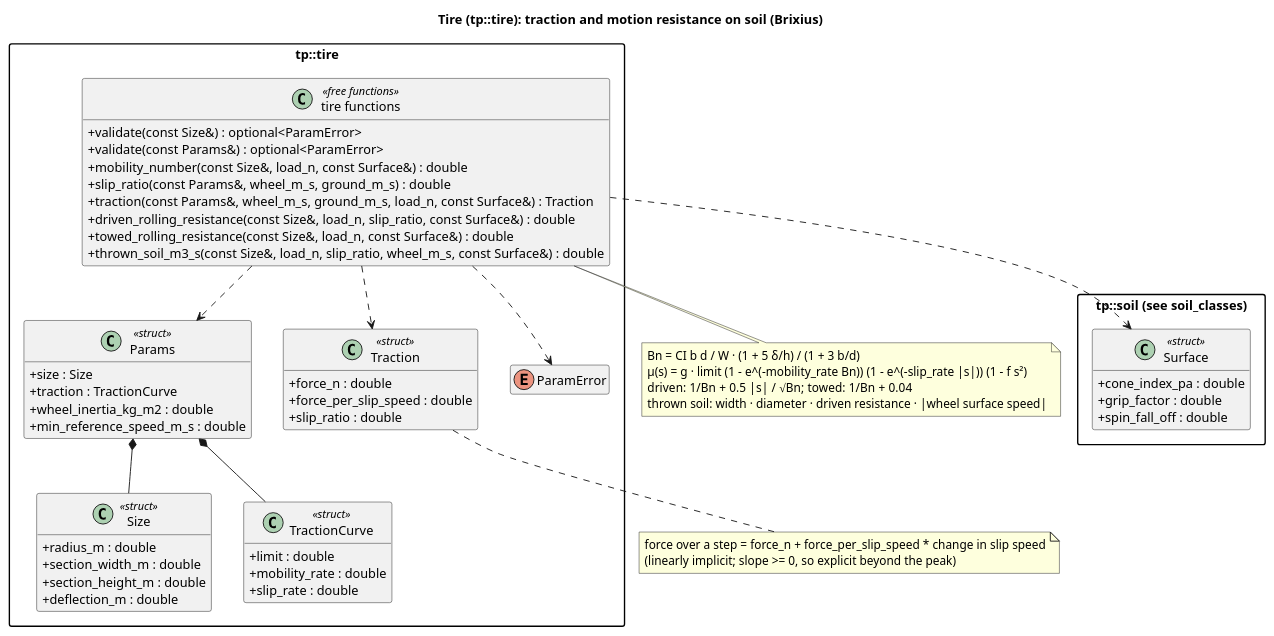
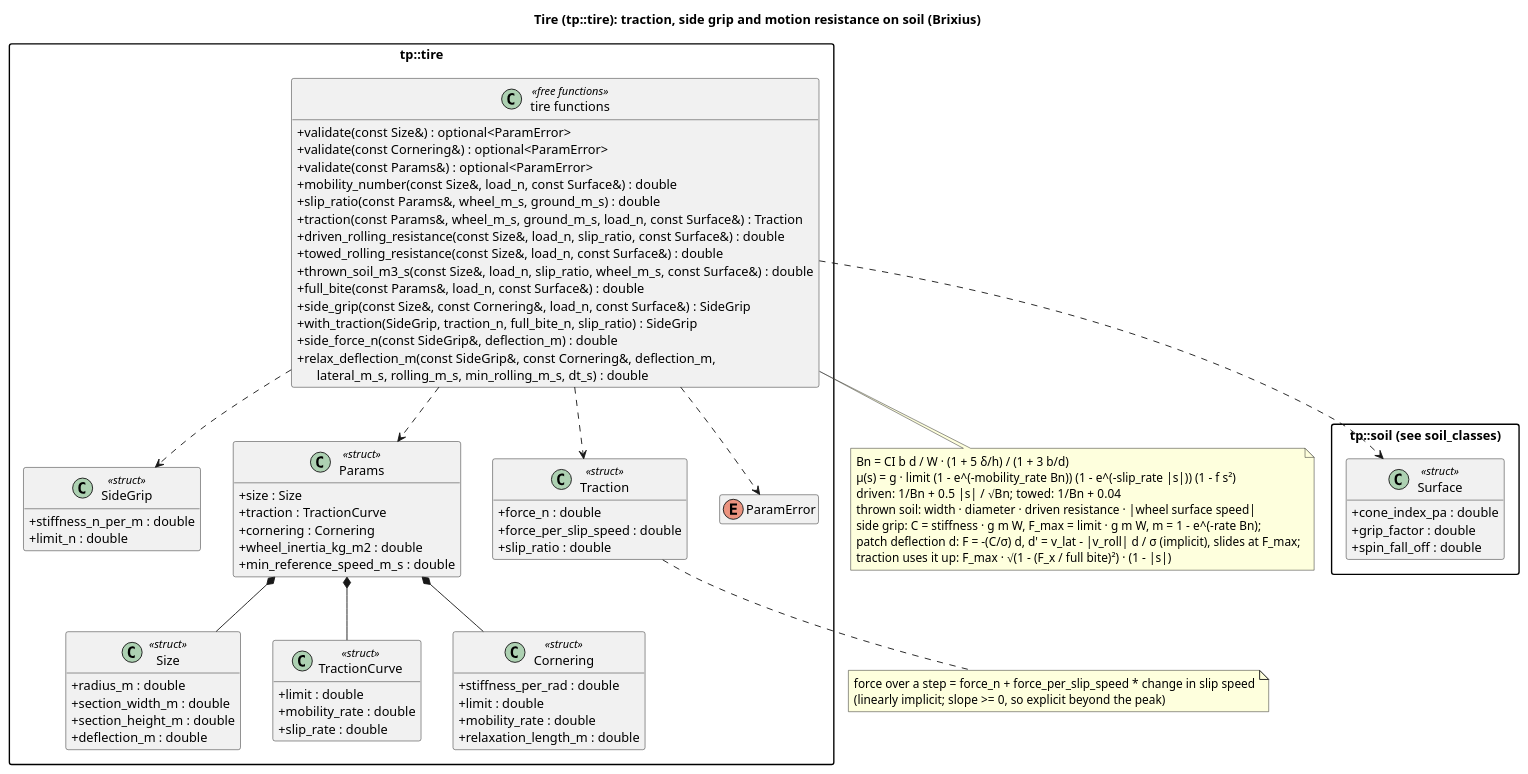
The diagram in docs/diagrams/tire_classes.puml (wversteeg/TractorPulling), drawn with PlantUML before and after one commit. The commit also changed 49 other files, not shown here.

First line of the commit message:
Let the tractor move sideways and turn: steering and side grip

```diff
--- a/docs/diagrams/tire_classes.puml
+++ b/docs/diagrams/tire_classes.puml
@@ -1,66 +1,88 @@
 @startuml tire_classes
-title Tire (tp::tire): traction and motion resistance on soil (Brixius)
+title Tire (tp::tire): traction, side grip and motion resistance on soil (Brixius)
 hide empty members
 skinparam packageStyle rectangle
 skinparam classAttributeIconSize 0
 
 package "tp::soil (see soil_classes)" {
   class Surface <<struct>> {
     +cone_index_pa : double
     +grip_factor : double
     +spin_fall_off : double
   }
 }
 
 package "tp::tire" {
   class Size <<struct>> {
     +radius_m : double
     +section_width_m : double
     +section_height_m : double
     +deflection_m : double
   }
   class TractionCurve <<struct>> {
     +limit : double
     +mobility_rate : double
     +slip_rate : double
   }
+  class Cornering <<struct>> {
+    +stiffness_per_rad : double
+    +limit : double
+    +mobility_rate : double
+    +relaxation_length_m : double
+  }
+  class SideGrip <<struct>> {
+    +stiffness_n_per_m : double
+    +limit_n : double
+  }
   class Params <<struct>> {
     +size : Size
     +traction : TractionCurve
+    +cornering : Cornering
     +wheel_inertia_kg_m2 : double
     +min_reference_speed_m_s : double
   }
   class Traction <<struct>> {
     +force_n : double
     +force_per_slip_speed : double
     +slip_ratio : double
   }
   enum ParamError
   class "tire functions" as TireFns <<free functions>> {
     +validate(const Size&) : optional<ParamError>
+    +validate(const Cornering&) : optional<ParamError>
     +validate(const Params&) : optional<ParamError>
     +mobility_number(const Size&, load_n, const Surface&) : double
     +slip_ratio(const Params&, wheel_m_s, ground_m_s) : double
     +traction(const Params&, wheel_m_s, ground_m_s, load_n, const Surface&) : Traction
     +driven_rolling_resistance(const Size&, load_n, slip_ratio, const Surface&) : double
     +towed_rolling_resistance(const Size&, load_n, const Surface&) : double
     +thrown_soil_m3_s(const Size&, load_n, slip_ratio, wheel_m_s, const Surface&) : double
+    +full_bite(const Params&, load_n, const Surface&) : double
+    +side_grip(const Size&, const Cornering&, load_n, const Surface&) : SideGrip
+    +with_traction(SideGrip, traction_n, full_bite_n, slip_ratio) : SideGrip
+    +side_force_n(const SideGrip&, deflection_m) : double
+    +relax_deflection_m(const SideGrip&, const Cornering&, deflection_m,\n      lateral_m_s, rolling_m_s, min_rolling_m_s, dt_s) : double
   }
   Params *-- Size
   Params *-- TractionCurve
+  Params *-- Cornering
+  TireFns ..> SideGrip
   TireFns ..> Params
   TireFns ..> Traction
   TireFns ..> ParamError
   TireFns ..> Surface
 }
 note bottom of TireFns
   Bn = CI b d / W · (1 + 5 δ/h) / (1 + 3 b/d)
   μ(s) = g · limit (1 - e^(-mobility_rate Bn)) (1 - e^(-slip_rate |s|)) (1 - f s²)
   driven: 1/Bn + 0.5 |s| / √Bn;  towed: 1/Bn + 0.04
   thrown soil: width · diameter · driven resistance · |wheel surface speed|
+  side grip: C = stiffness · g m W, F_max = limit · g m W, m = 1 - e^(-rate Bn);
+  patch deflection d: F = -(C/σ) d, d' = v_lat - |v_roll| d / σ (implicit), slides at F_max;
+  traction uses it up: F_max · √(1 - (F_x / full bite)²) · (1 - |s|)
 end note
 note bottom of Traction
   force over a step = force_n + force_per_slip_speed * change in slip speed
   (linearly implicit; slope >= 0, so explicit beyond the peak)
 end note
 @enduml
```
